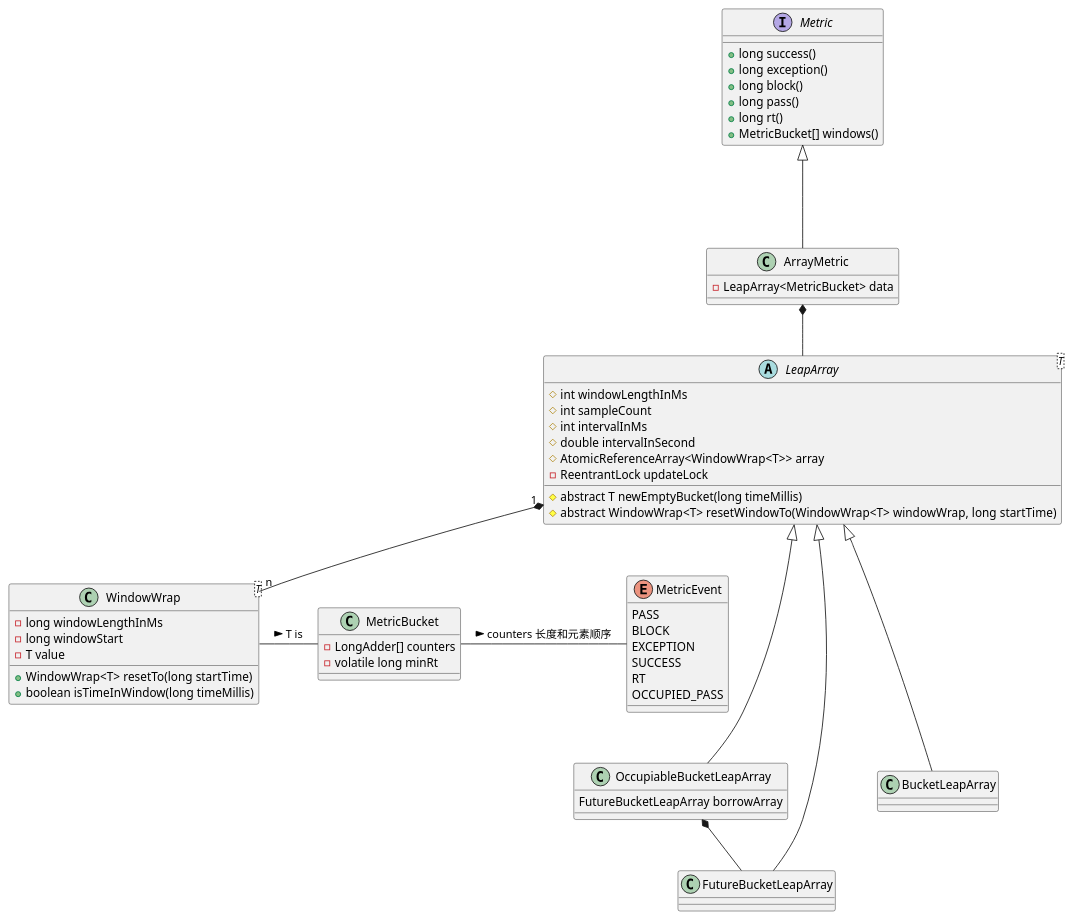
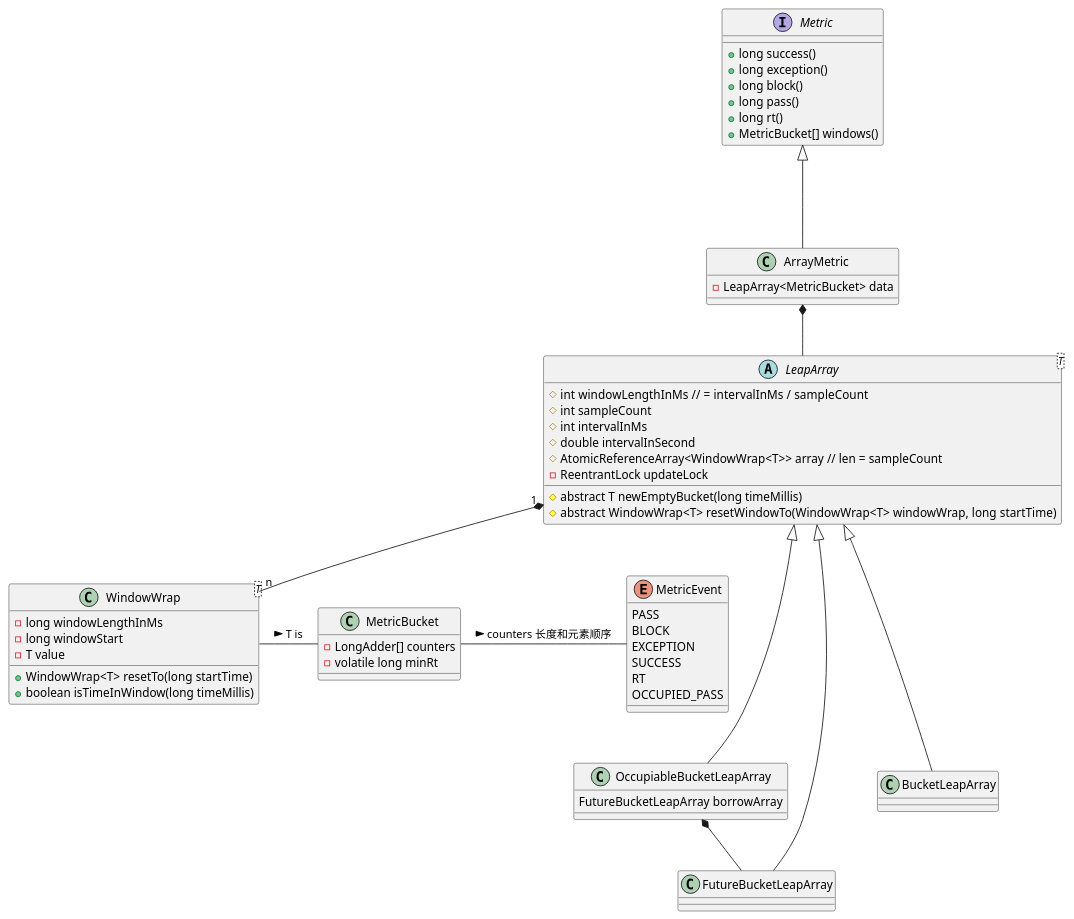
One commit to Gh0st99/Gh0st99.github.io changed the diagram in _posts/2020-08-31-Sentinel.md. Above: the diagram before and after it, drawn with PlantUML. The commit also changed other lines of this file, not shown here.

````diff
--- a/_posts/2020-08-31-Sentinel.md
+++ b/_posts/2020-08-31-Sentinel.md
@@ -18,76 +18,76 @@
 ```plantuml 
 @startuml 核心类
 interface Metric {
     + long success()
     + long exception()
     + long block()
     + long pass()
     + long rt()
     + MetricBucket[] windows()
 }
 
 class ArrayMetric {
     - LeapArray<MetricBucket> data
 }
 
 Metric <|--- ArrayMetric
 
 abstract class LeapArray<T> {
-    # int windowLengthInMs
+    # int windowLengthInMs //  = intervalInMs / sampleCount
     # int sampleCount
     # int intervalInMs
     # double intervalInSecond
-    # AtomicReferenceArray<WindowWrap<T>> array
+    # AtomicReferenceArray<WindowWrap<T>> array // len = sampleCount
     - ReentrantLock updateLock
 
     # abstract T newEmptyBucket(long timeMillis)
     # abstract WindowWrap<T> resetWindowTo(WindowWrap<T> windowWrap, long startTime)
 }
 
 ArrayMetric *-- LeapArray
 
 class OccupiableBucketLeapArray {
     FutureBucketLeapArray borrowArray
 }
 
 class FutureBucketLeapArray {
 }
 
 class BucketLeapArray {
 }
 
 LeapArray <|--- OccupiableBucketLeapArray
 LeapArray <|--- BucketLeapArray
 LeapArray <|--- FutureBucketLeapArray
 OccupiableBucketLeapArray *-- FutureBucketLeapArray
 
 
 class WindowWrap<T> {
     - long windowLengthInMs
     - long windowStart
     - T value
     + WindowWrap<T> resetTo(long startTime)
     + boolean isTimeInWindow(long timeMillis)
 }
 
 LeapArray "1" *-- "n" WindowWrap
 
 
 class MetricBucket {
     - LongAdder[] counters
     - volatile long minRt
 }
 WindowWrap - MetricBucket: T is >
 
 enum MetricEvent {
     PASS
     BLOCK
     EXCEPTION
     SUCCESS
     RT
     OCCUPIED_PASS
 }
 
 MetricBucket - MetricEvent: counters 长度和元素顺序 >
 @enduml
 ```
````
